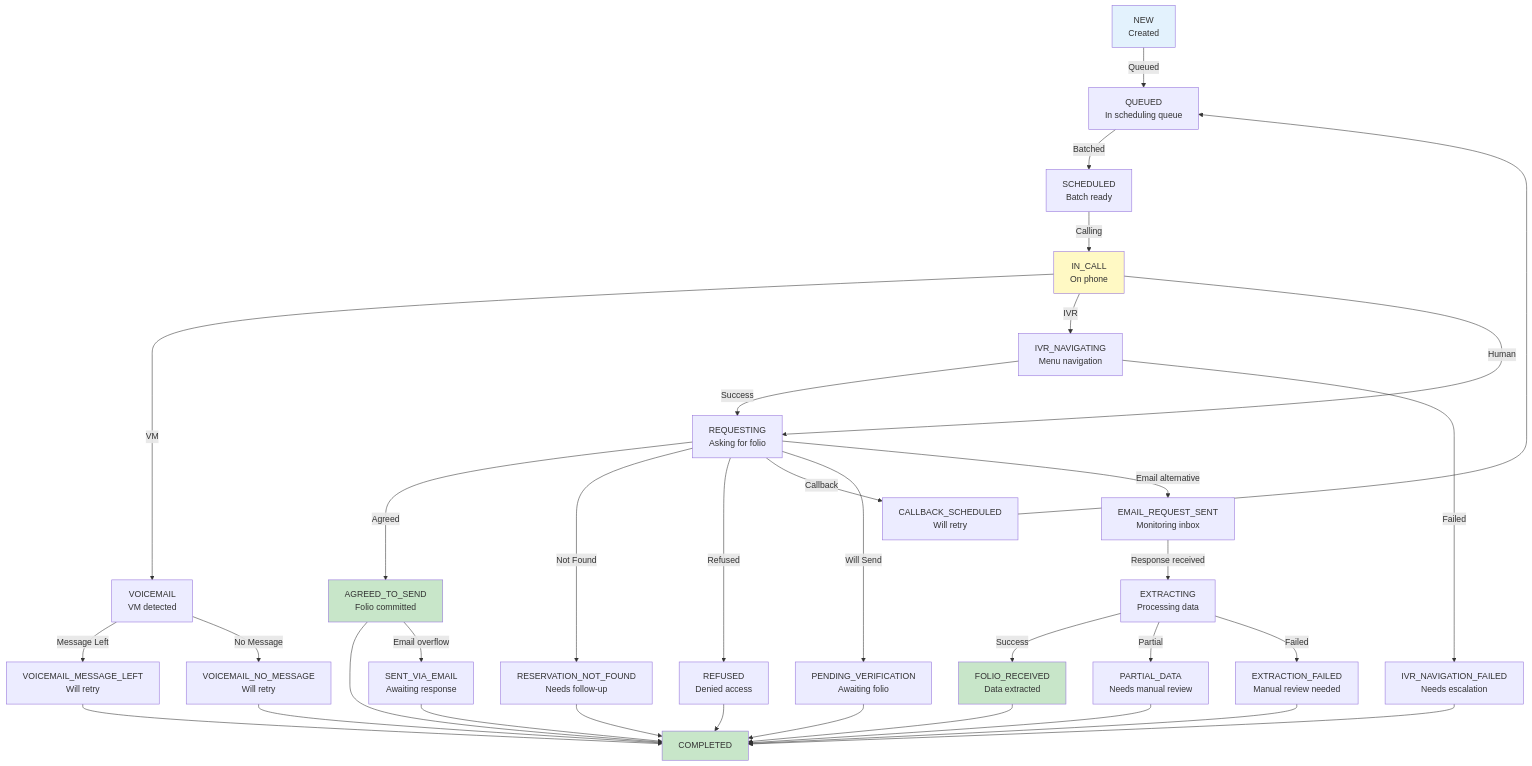
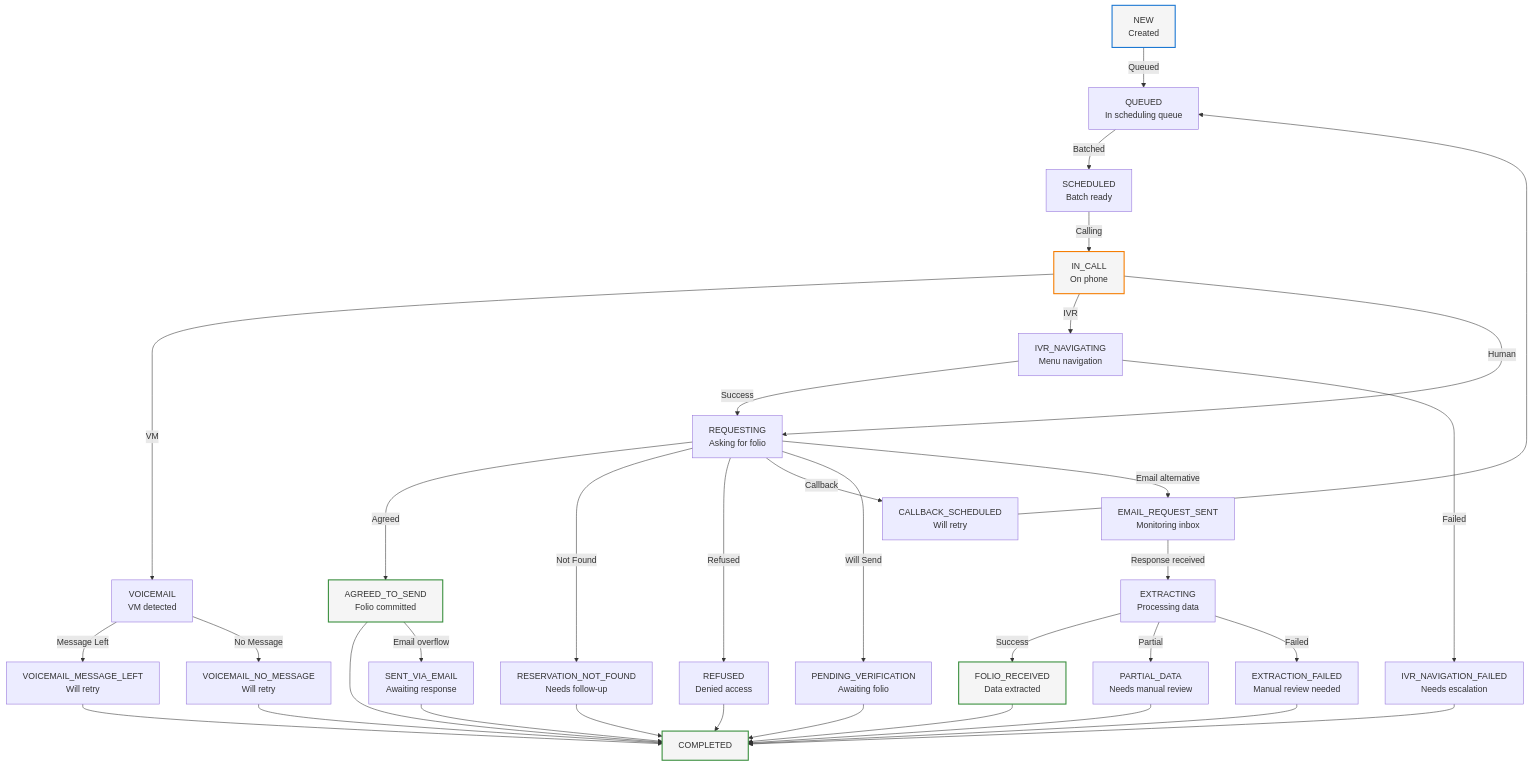
The diagram in design/components/10-Status-Manager.md (Org-for-Folio-AI/FolioAISpecs), drawn with Mermaid before and after one commit. The commit also changed 11 other files, not shown here.

First line of the commit message:
Update mermaid diagram colors for dark and light mode compatibility

````diff
--- a/design/components/10-Status-Manager.md
+++ b/design/components/10-Status-Manager.md
@@ -53,48 +53,48 @@
 ```mermaid
 graph TD
     NEW["NEW<br/>Created"] -->|Queued| QUEUED["QUEUED<br/>In scheduling queue"]
     QUEUED -->|Batched| SCHEDULED["SCHEDULED<br/>Batch ready"]
     SCHEDULED -->|Calling| IN_CALL["IN_CALL<br/>On phone"]
 
     IN_CALL -->|VM| VM["VOICEMAIL<br/>VM detected"]
     IN_CALL -->|IVR| IVR["IVR_NAVIGATING<br/>Menu navigation"]
     IN_CALL -->|Human| REQUESTING["REQUESTING<br/>Asking for folio"]
 
     VM -->|Message Left| VM_MSG["VOICEMAIL_MESSAGE_LEFT<br/>Will retry"]
     VM -->|No Message| VM_NO["VOICEMAIL_NO_MESSAGE<br/>Will retry"]
 
     IVR -->|Success| REQUESTING
     IVR -->|Failed| IVR_FAIL["IVR_NAVIGATION_FAILED<br/>Needs escalation"]
 
     REQUESTING -->|Agreed| AGREED["AGREED_TO_SEND<br/>Folio committed"]
     REQUESTING -->|Not Found| NOT_FOUND["RESERVATION_NOT_FOUND<br/>Needs follow-up"]
     REQUESTING -->|Refused| REFUSED["REFUSED<br/>Denied access"]
     REQUESTING -->|Callback| CALLBACK["CALLBACK_SCHEDULED<br/>Will retry"]
     REQUESTING -->|Will Send| PENDING["PENDING_VERIFICATION<br/>Awaiting folio"]
 
     VM_MSG --> COMPLETED["COMPLETED"]
     VM_NO --> COMPLETED
     IVR_FAIL --> COMPLETED
     AGREED --> COMPLETED
     NOT_FOUND --> COMPLETED
     REFUSED --> COMPLETED
     CALLBACK --> QUEUED
     PENDING --> COMPLETED
     AGREED -->|Email overflow| EMAIL_SENT["SENT_VIA_EMAIL<br/>Awaiting response"]
     EMAIL_SENT --> COMPLETED
 
     REQUESTING -->|Email alternative| EMAIL_REQ["EMAIL_REQUEST_SENT<br/>Monitoring inbox"]
     EMAIL_REQ -->|Response received| EXTRACTING["EXTRACTING<br/>Processing data"]
     EXTRACTING -->|Success| FOLIO_REC["FOLIO_RECEIVED<br/>Data extracted"]
     EXTRACTING -->|Partial| PARTIAL["PARTIAL_DATA<br/>Needs manual review"]
     EXTRACTING -->|Failed| EXTRACT_FAIL["EXTRACTION_FAILED<br/>Manual review needed"]
     FOLIO_REC --> COMPLETED
     PARTIAL --> COMPLETED
     EXTRACT_FAIL --> COMPLETED
 
-    style NEW fill:#e3f2fd
-    style COMPLETED fill:#c8e6c9
-    style IN_CALL fill:#fff9c4
-    style AGREED fill:#c8e6c9
-    style FOLIO_REC fill:#c8e6c9
+    style NEW stroke:#1976d2,fill:#f5f5f5,stroke-width:2px
+    style COMPLETED stroke:#388e3c,fill:#f5f5f5,stroke-width:2px
+    style IN_CALL stroke:#f57c00,fill:#f5f5f5,stroke-width:2px
+    style AGREED stroke:#388e3c,fill:#f5f5f5,stroke-width:2px
+    style FOLIO_REC stroke:#388e3c,fill:#f5f5f5,stroke-width:2px
 ```
````
